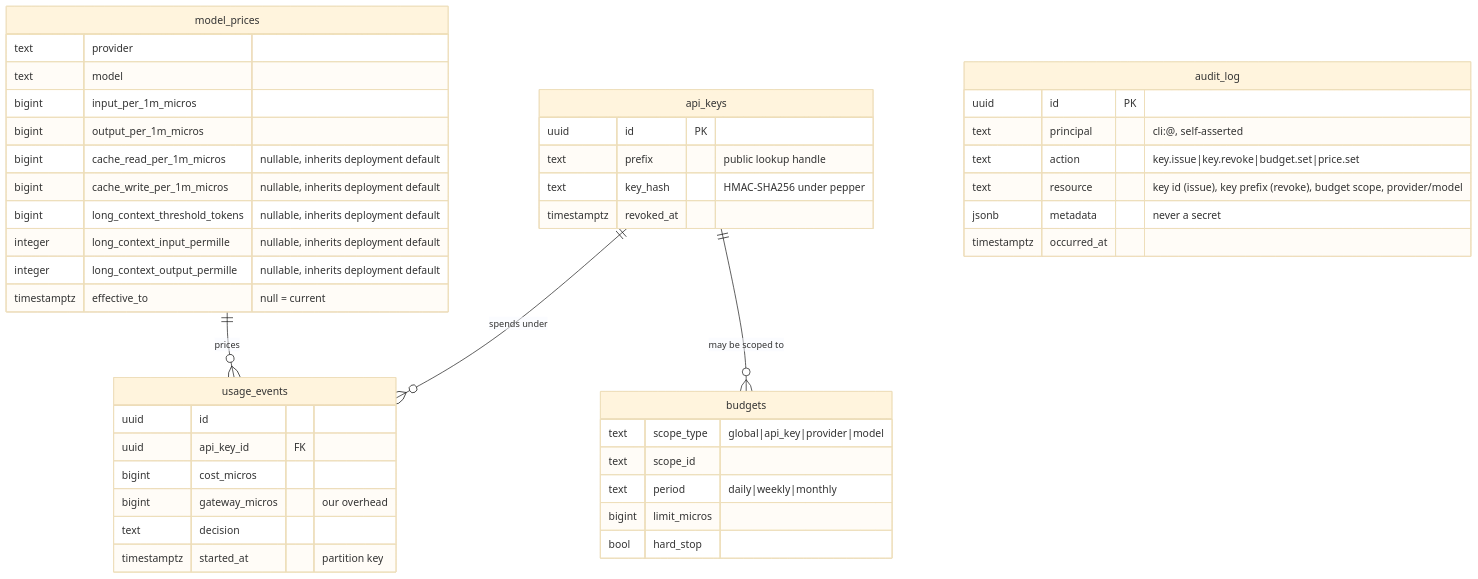
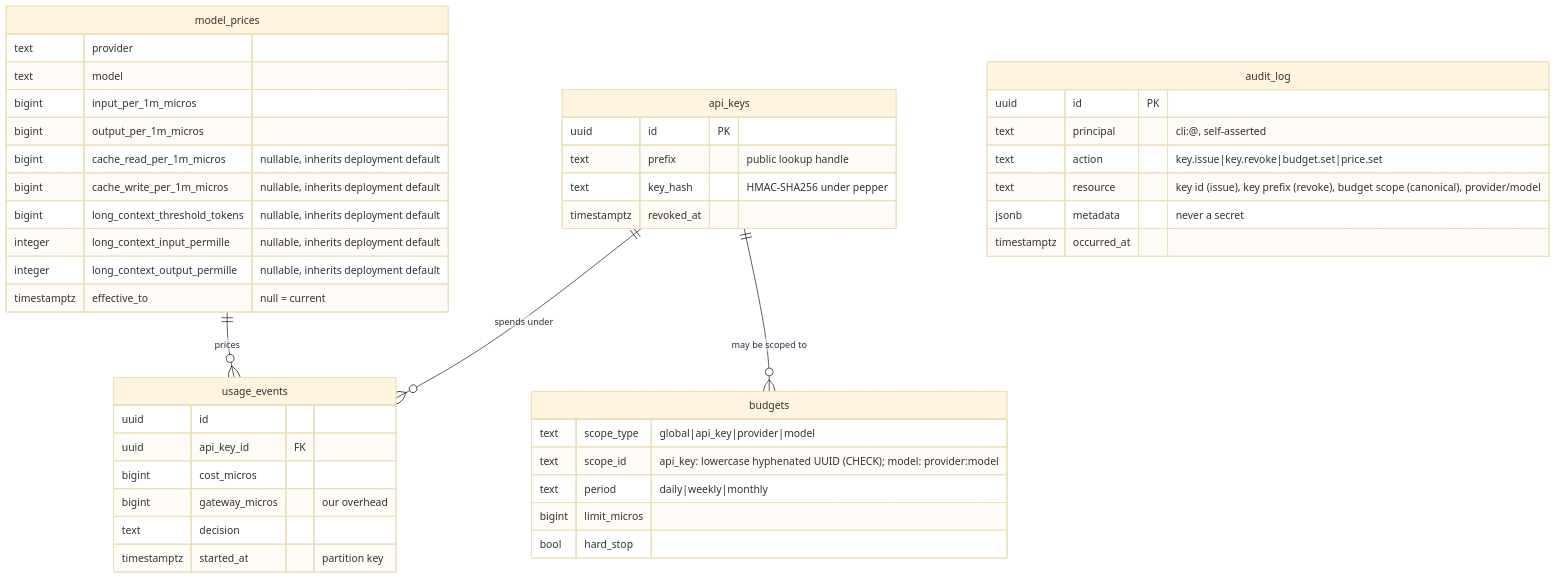
The third of 3 diagrams in docs/ARCHITECTURE.md (sakura-sky/tollgate), drawn with Mermaid (base theme) before and after one commit. The commit also changed other lines of this file and 13 other files, not shown here.

First line of the commit message:
Refuse budget scopes that can never match, and store key ids canonically

````diff
--- a/docs/ARCHITECTURE.md
+++ b/docs/ARCHITECTURE.md
@@ -94,47 +101,47 @@
 ```mermaid
 erDiagram
   api_keys ||--o{ usage_events : "spends under"
   api_keys ||--o{ budgets : "may be scoped to"
   model_prices ||--o{ usage_events : "prices"
   api_keys {
     uuid id PK
     text prefix "public lookup handle"
     text key_hash "HMAC-SHA256 under pepper"
     timestamptz revoked_at
   }
   budgets {
     text scope_type "global|api_key|provider|model"
-    text scope_id
+    text scope_id "api_key: lowercase hyphenated UUID (CHECK); model: provider:model"
     text period "daily|weekly|monthly"
     bigint limit_micros
     bool hard_stop
   }
   model_prices {
     text provider
     text model
     bigint input_per_1m_micros
     bigint output_per_1m_micros
     bigint cache_read_per_1m_micros "nullable, inherits deployment default"
     bigint cache_write_per_1m_micros "nullable, inherits deployment default"
     bigint long_context_threshold_tokens "nullable, inherits deployment default"
     integer long_context_input_permille "nullable, inherits deployment default"
     integer long_context_output_permille "nullable, inherits deployment default"
     timestamptz effective_to "null = current"
   }
   usage_events {
     uuid id
     uuid api_key_id FK
     bigint cost_micros
     bigint gateway_micros "our overhead"
     text decision
     timestamptz started_at "partition key"
   }
   audit_log {
     uuid id PK
     text principal "cli:<user>@<host>, self-asserted"
     text action "key.issue|key.revoke|budget.set|price.set"
-    text resource "key id (issue), key prefix (revoke), budget scope, provider/model"
+    text resource "key id (issue), key prefix (revoke), budget scope (canonical), provider/model"
     jsonb metadata "never a secret"
     timestamptz occurred_at
   }
 ```
````
